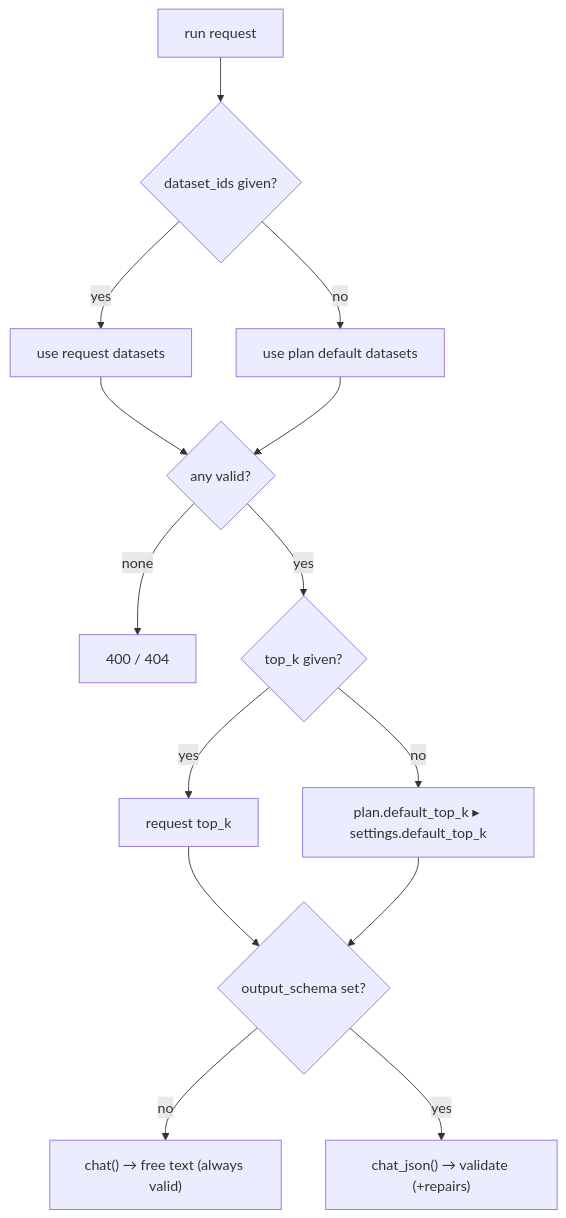
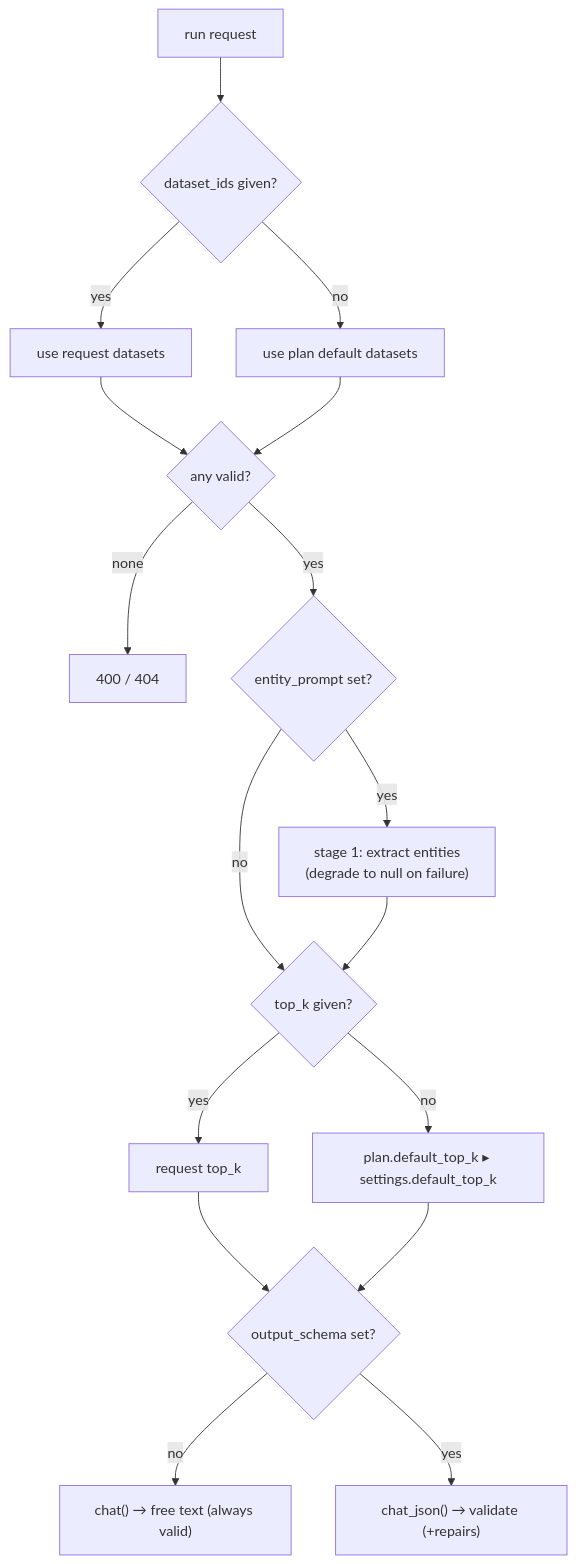
Before and after one commit to AmirHossein-Kashani/RagSystemAnalyzer: the fourth of 6 diagrams in docs/mapping-engine.md, drawn with Mermaid. The commit also changed other lines of this file and 13 other files, not shown here.

````diff
--- a/docs/mapping-engine.md
+++ b/docs/mapping-engine.md
@@ -131,16 +161,19 @@
 ```mermaid
 flowchart TB
   A["run request"] --> B{dataset_ids given?}
   B -- yes --> C["use request datasets"]
   B -- no --> D["use plan default datasets"]
   C --> E{any valid?}
   D --> E
   E -- none --> X["400 / 404"]
-  E -- yes --> F{top_k given?}
+  E -- yes --> S1{entity_prompt set?}
+  S1 -- yes --> S2["stage 1: extract entities<br/>(degrade to null on failure)"]
+  S1 -- no --> F{top_k given?}
+  S2 --> F
   F -- yes --> G["request top_k"]
   F -- no --> H["plan.default_top_k ▸ settings.default_top_k"]
   G --> I{output_schema set?}
   H --> I
   I -- no --> J["chat() → free text (always valid)"]
   I -- yes --> K["chat_json() → validate (+repairs)"]
 ```
````
